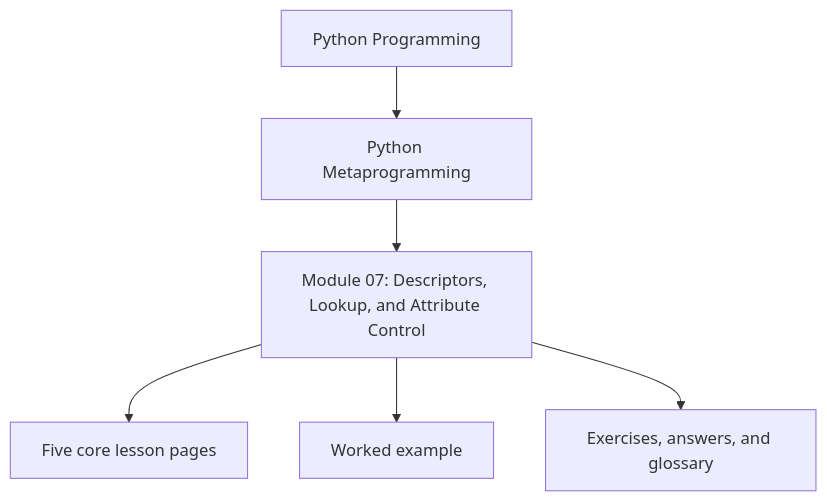
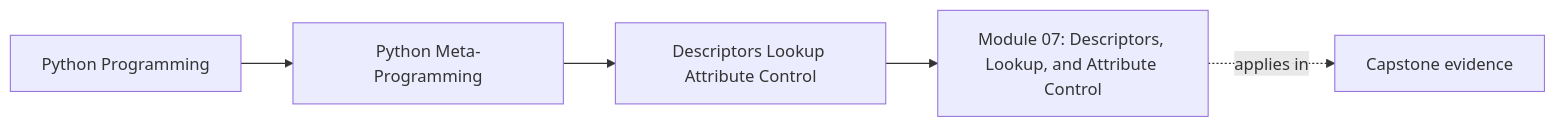
Before and after one commit to bijux/bijux-masterclass: the first of 2 diagrams in programs/python-programming/python-meta-programming/course-book/module-07-descriptors-lookup-attribute-control/index.md, drawn with Mermaid. The commit also changed other lines of this file and 91 other files, not shown here.

Commit message:
docs(python-meta-programming): map advanced runtime and capstone surfaces

````diff
--- a/programs/python-programming/python-meta-programming/course-book/module-07-descriptors-lookup-attribute-control/index.md
+++ b/programs/python-programming/python-meta-programming/course-book/module-07-descriptors-lookup-attribute-control/index.md
@@ -6,8 +6,11 @@
 ```mermaid
-flowchart TD
-  family["Python Programming"] --> program["Python Metaprogramming"]
-  program --> module["Module 07: Descriptors, Lookup, and Attribute Control"]
-  module --> cores["Five core lesson pages"]
-  module --> example["Worked example"]
-  module --> practice["Exercises, answers, and glossary"]
+graph LR
+  family["Python Programming"]
+  program["Python Meta-Programming"]
+  section["Descriptors Lookup Attribute Control"]
+  page["Module 07: Descriptors, Lookup, and Attribute Control"]
+  capstone["Capstone evidence"]
+
+  family --> program --> section --> page
+  page -.applies in.-> capstone
 ```
````
